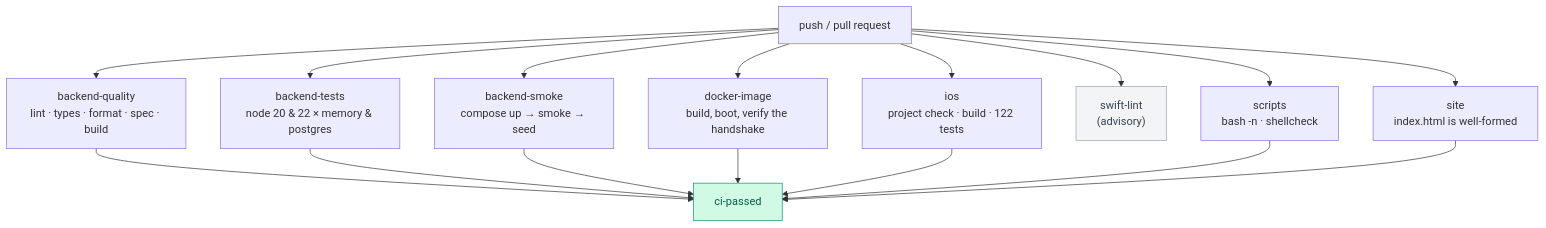
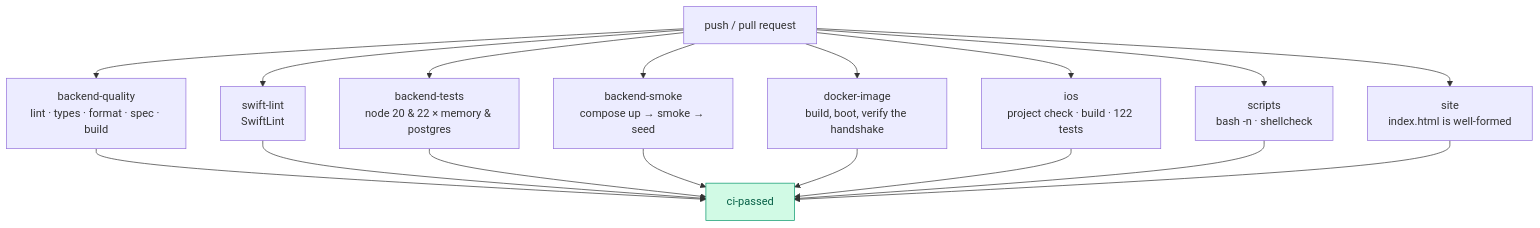
One commit to hoangsonww/Flappy-Bird-Game changed the first of 2 diagrams in docs/CI-CD.md. Above: the diagram before and after it, drawn with Mermaid. The commit also changed other lines of this file and 15 other files, not shown here.

First line of the commit message:
ci: make SwiftLint a required job and fix every violation

````diff
--- a/docs/CI-CD.md
+++ b/docs/CI-CD.md
@@ -15,24 +15,24 @@
 ```mermaid
 flowchart TB
     Push["push / pull request"]
 
     Push --> BQ["backend-quality<br/>lint · types · format · spec · build"]
     Push --> BT["backend-tests<br/>node 20 & 22 × memory & postgres"]
     Push --> BS["backend-smoke<br/>compose up → smoke → seed"]
     Push --> DI["docker-image<br/>build, boot, verify the handshake"]
     Push --> IOS["ios<br/>project check · build · 122 tests"]
-    Push --> SL["swift-lint<br/>(advisory)"]
+    Push --> SL["swift-lint<br/>SwiftLint"]
     Push --> SC["scripts<br/>bash -n · shellcheck"]
     Push --> ST["site<br/>index.html is well-formed"]
 
     BQ --> Gate["ci-passed"]
+    SL --> Gate
     BT --> Gate
     BS --> Gate
     DI --> Gate
     IOS --> Gate
     SC --> Gate
     ST --> Gate
 
     style Gate fill:#d1fae5,stroke:#059669,color:#065f46
-    style SL fill:#f3f4f6,stroke:#9ca3af,color:#374151
 ```
````
